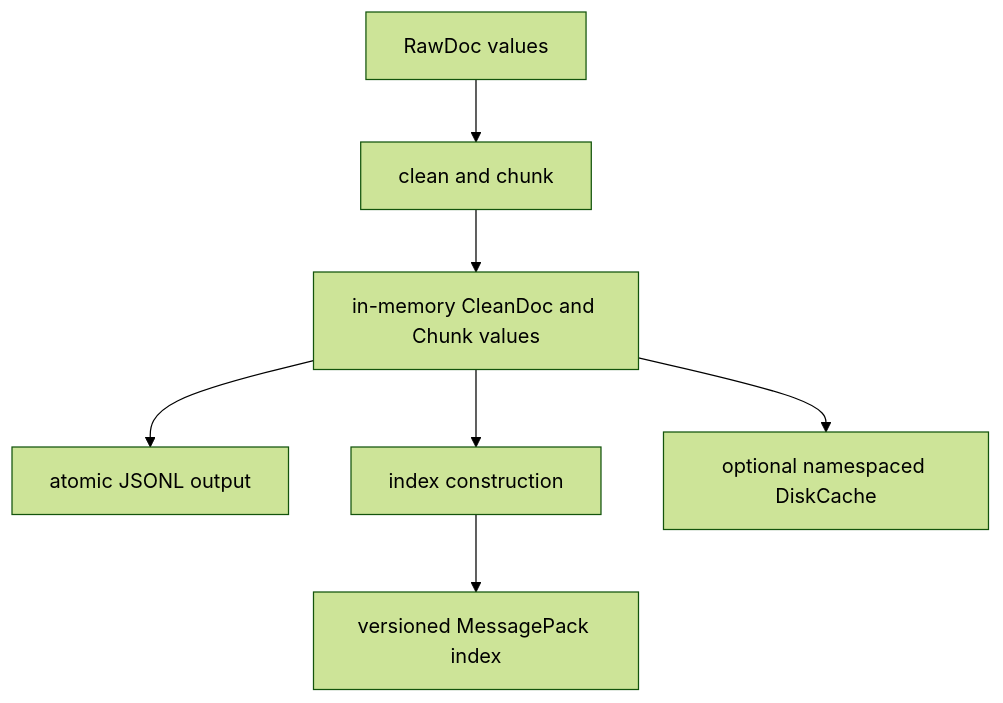
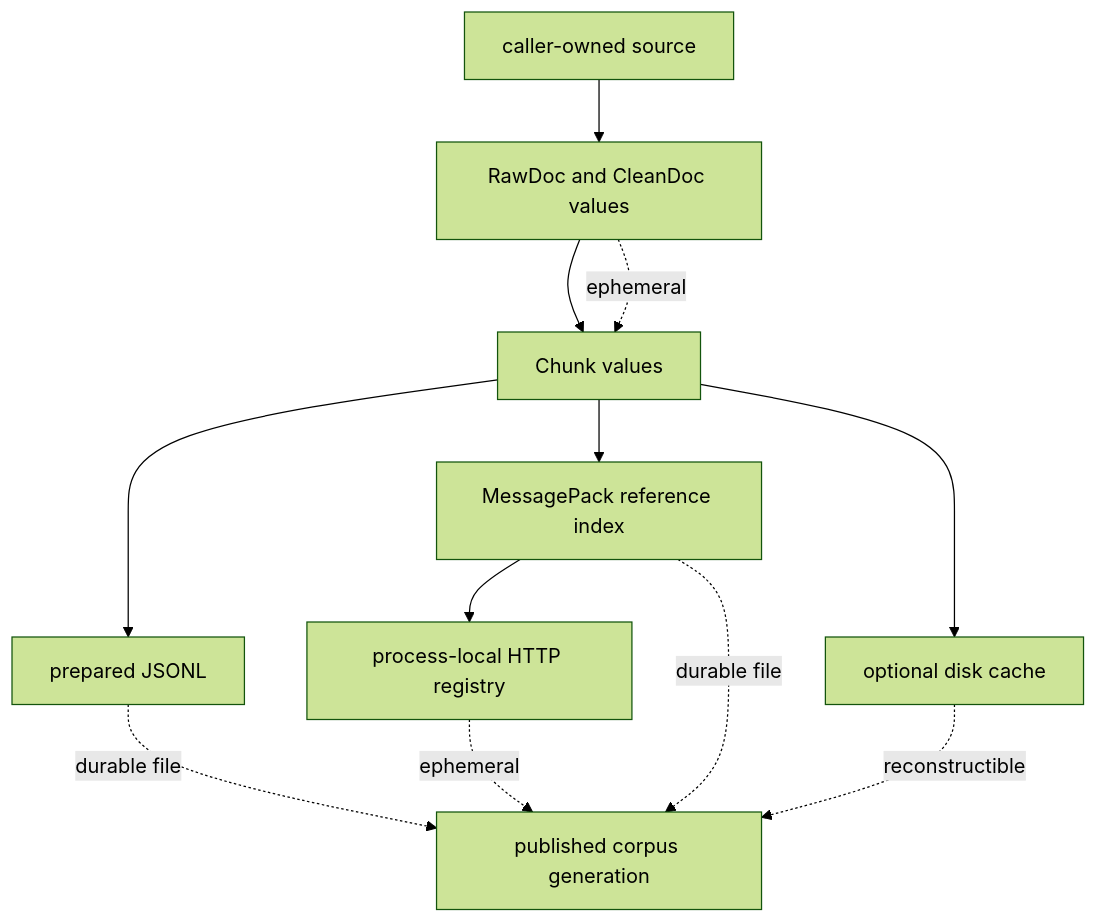
The first of 2 diagrams in docs/02-bijux-canon-ingest/architecture/state-and-persistence.md (bijux/bijux-canon), drawn with Mermaid (forest theme) before and after one commit. The commit also changed other lines of this file and 1 other file, not shown here.

````diff
--- a/docs/02-bijux-canon-ingest/architecture/state-and-persistence.md
+++ b/docs/02-bijux-canon-ingest/architecture/state-and-persistence.md
@@ -18,9 +20,15 @@
 ```mermaid
 flowchart TD
-    raw["RawDoc values"] --> transform["clean and chunk"]
-    transform --> memory["in-memory CleanDoc and Chunk values"]
-    memory --> jsonl["atomic JSONL output"]
-    memory --> build["index construction"]
-    build --> msgpack["versioned MessagePack index"]
-    memory --> cache["optional namespaced DiskCache"]
+    source["caller-owned source"] --> values["RawDoc and CleanDoc values"]
+    values --> chunks["Chunk values"]
+    chunks --> jsonl["prepared JSONL"]
+    chunks --> index["MessagePack reference index"]
+    chunks --> cache["optional disk cache"]
+    index --> http["process-local HTTP registry"]
+
+    values -. "ephemeral" .-> chunks
+    jsonl -. "durable file" .-> generation["published corpus generation"]
+    index -. "durable file" .-> generation
+    cache -. "reconstructible" .-> generation
+    http -. "ephemeral" .-> generation
 ```
````
